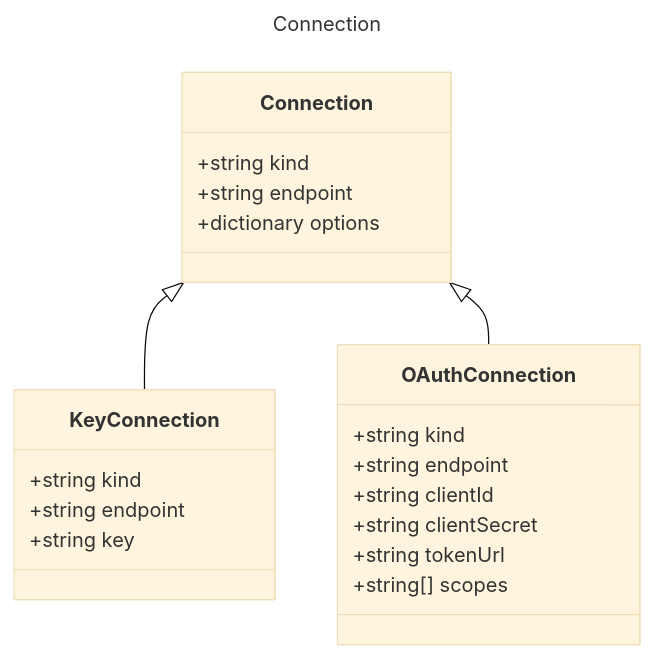
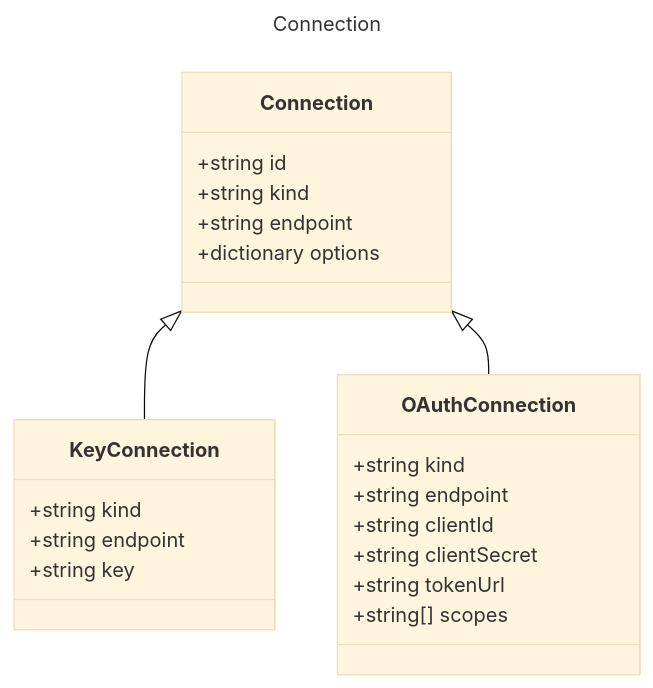
The diagram in specification/prompty/docs/Connection.md (microsoft/prompty), drawn with Mermaid (base theme) before and after one commit. The commit also changed other lines of this file and 14 other files, not shown here.

````diff
--- a/specification/prompty/docs/Connection.md
+++ b/specification/prompty/docs/Connection.md
@@ -9,26 +9,27 @@
 ```mermaid
 ---
 title: Connection
 ---
 classDiagram
     class Connection {
+        +string id
         +string kind
         +string endpoint
         +dictionary options
     }
     class KeyConnection {
         +string kind
         +string endpoint
         +string key
     }
     Connection <|-- KeyConnection
     class OAuthConnection {
         +string kind
         +string endpoint
         +string clientId
         +string clientSecret
         +string tokenUrl
         +string[] scopes
     }
     Connection <|-- OAuthConnection
 ```
````
